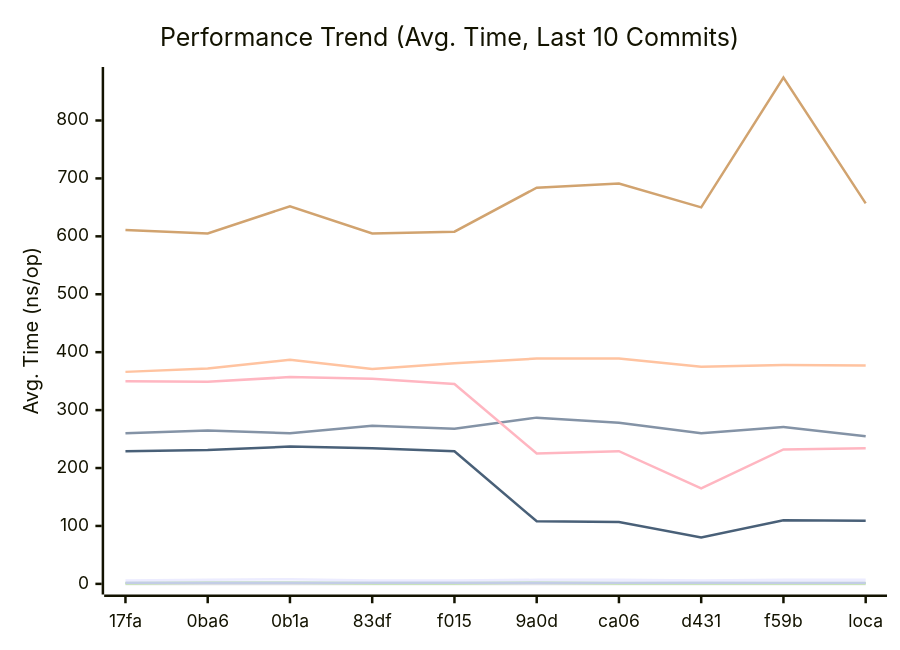
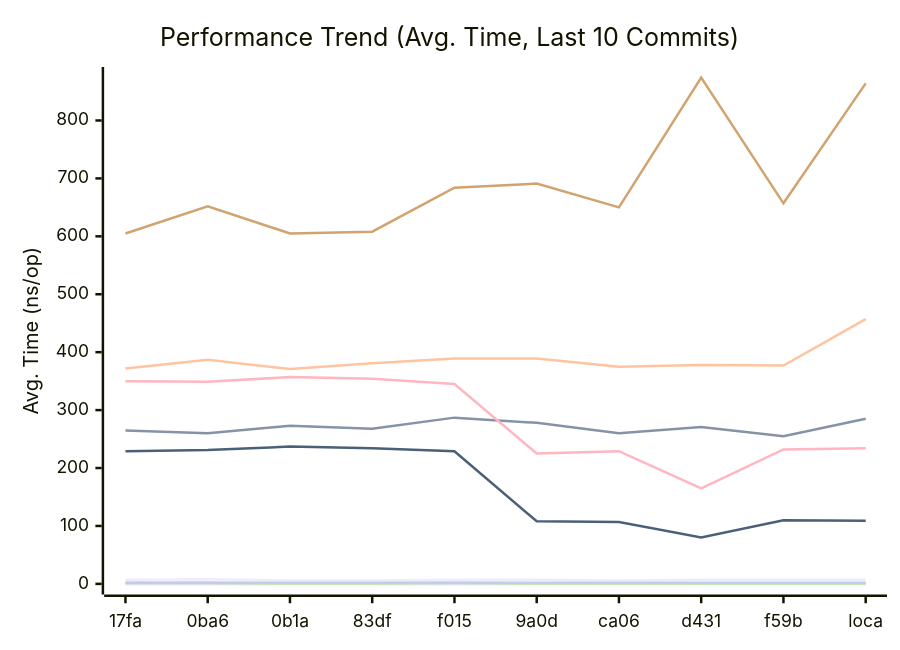
Before and after one commit to alsotoes/momo: the first of 3 diagrams in docs/PERFORMANCE.md, drawn with Mermaid. The commit also changed other lines of this file and 3 other files, not shown here.

````diff
--- a/docs/PERFORMANCE.md
+++ b/docs/PERFORMANCE.md
@@ -80,16 +80,16 @@
 ```mermaid
 xychart-beta
     title "Performance Trend (Avg. Time, Last 10 Commits)"
     x-axis "Commit"
     y-axis "Avg. Time (ns/op)"
     x-axis [17fa,0ba6,0b1a,83df,f015,9a0d,ca06,d431,f59b,loca]
-    line "CheckMetricsAndSwap" [6,7,8,6,6,7,7,6,7,7]
-    line "CrushOptimized" [260,265,260,273,268,287,278,260,271,255]
-    line "CrushOriginal" [366,372,387,371,381,389,389,375,378,377]
+    line "CheckMetricsAndSwap" [7,8,6,6,7,7,6,7,7,7]
+    line "CrushOptimized" [265,260,273,268,287,278,260,271,255,285]
+    line "CrushOriginal" [372,387,371,381,389,389,375,378,377,457]
     line "IndexDirectTracking" [0,0,0,0,0,0,0,0,0,0]
-    line "IndexSearch" [1,2,2,1,1,2,1,1,1,1]
-    line "LoadGlobalConfig" [611,605,652,605,608,684,691,650,874,657]
+    line "IndexSearch" [2,2,1,1,2,1,1,1,1,1]
+    line "LoadGlobalConfig" [605,652,605,608,684,691,650,874,657,864]
     line "PadString" [2,2,2,2,2,2,2,2,2,2]
     line "ParseReplicationOrder_NoPrealloc" [350,349,357,354,345,225,229,165,232,234]
     line "ParseReplicationOrder_Prealloc" [229,231,237,234,229,108,107,80,110,109]
 ```
````
